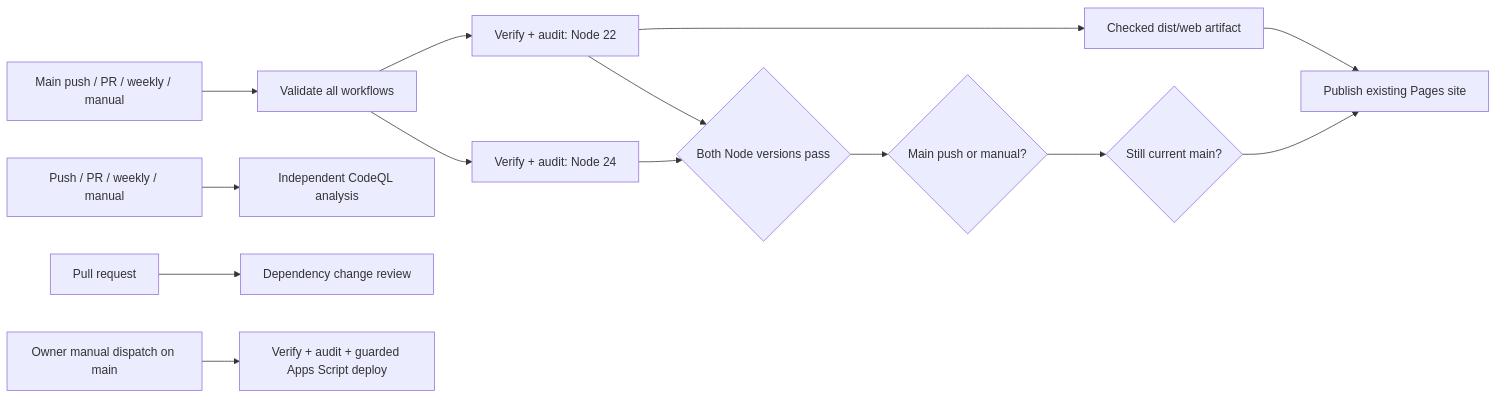
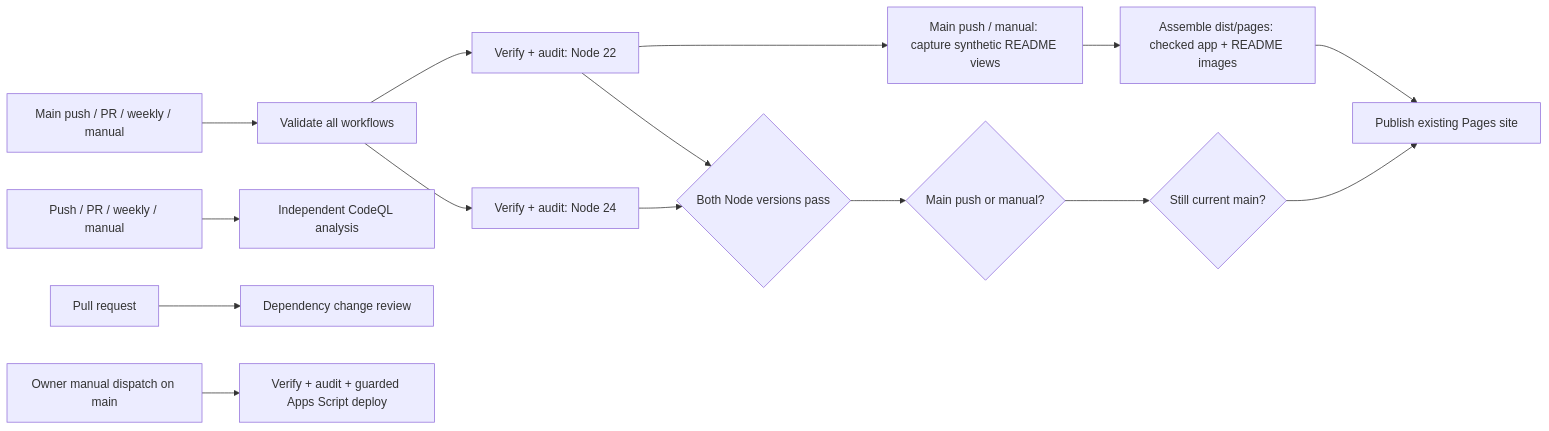
The diagram in docs/operations/github-actions.md (AlbiDR/FolioDash), drawn with Mermaid before and after one commit. The commit also changed other lines of this file and 7 other files, not shown here.

````diff
--- a/docs/operations/github-actions.md
+++ b/docs/operations/github-actions.md
@@ -7,16 +7,17 @@
 ```mermaid
 flowchart LR
     events[Main push / PR / weekly / manual] --> workflows[Validate all workflows]
     workflows --> node22[Verify + audit: Node 22]
     workflows --> node24[Verify + audit: Node 24]
-    node22 --> artifact[Checked dist/web artifact]
+    node22 --> capture[Main push / manual: capture synthetic README views]
+    capture --> artifact[Assemble dist/pages: checked app + README images]
     node22 --> gate{Both Node versions pass}
     node24 --> gate
     gate --> eligible{Main push or manual?}
     eligible --> current{Still current main?}
     artifact --> pages[Publish existing Pages site]
     current --> pages
     security[Push / PR / weekly / manual] --> codeql[Independent CodeQL analysis]
     pr[Pull request] --> review[Dependency change review]
     owner[Owner manual dispatch on main] --> script[Verify + audit + guarded Apps Script deploy]
 ```
````
